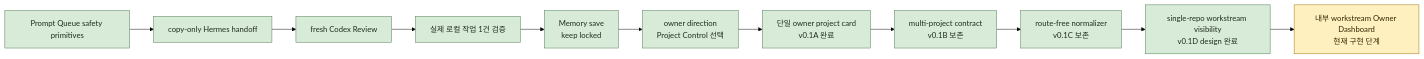
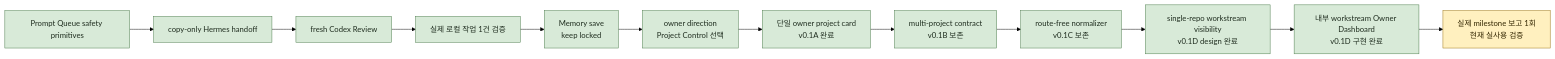
One commit to 1412moo/jarvis-core changed the second of 2 diagrams in docs/master-plan.md. Above: the diagram before and after it, drawn with Mermaid (forest theme). The commit also changed other lines of this file and 4 other files, not shown here.

Commit message:
docs: record single repo dashboard milestone

````diff
--- a/docs/master-plan.md
+++ b/docs/master-plan.md
@@ -159,19 +161,20 @@
 ```mermaid
 flowchart LR
     A["Prompt Queue safety primitives"] --> B["copy-only Hermes handoff"]
     B --> C["fresh Codex Review"]
     C --> D["실제 로컬 작업 1건 검증"]
     D --> E["Memory save<br/>keep locked"]
     E --> F["owner direction<br/>Project Control 선택"]
     F --> G["단일 owner project card<br/>v0.1A 완료"]
     G --> H["multi-project contract<br/>v0.1B 보존"]
     H --> I["route-free normalizer<br/>v0.1C 보존"]
     I --> J["single-repo workstream visibility<br/>v0.1D design 완료"]
-    J --> K["내부 workstream Owner Dashboard<br/>현재 구현 단계"]
+    J --> K["내부 workstream Owner Dashboard<br/>v0.1D 구현 완료"]
+    K --> L["실제 milestone 보고 1회<br/>현재 실사용 검증"]
 
     classDef done fill:#d8ead8,stroke:#4d7d4d,color:#1f2d1f;
     classDef current fill:#fff0bf,stroke:#9b7412,color:#332600;
     classDef future fill:#e8e8e8,stroke:#777,color:#222;
-    class A,B,C,D,E,F,G,H,I,J done;
-    class K current;
+    class A,B,C,D,E,F,G,H,I,J,K done;
+    class L current;
 ```
````
